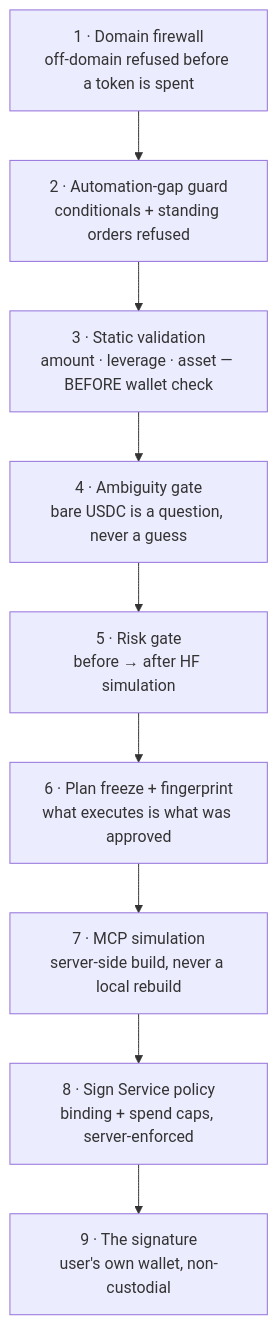
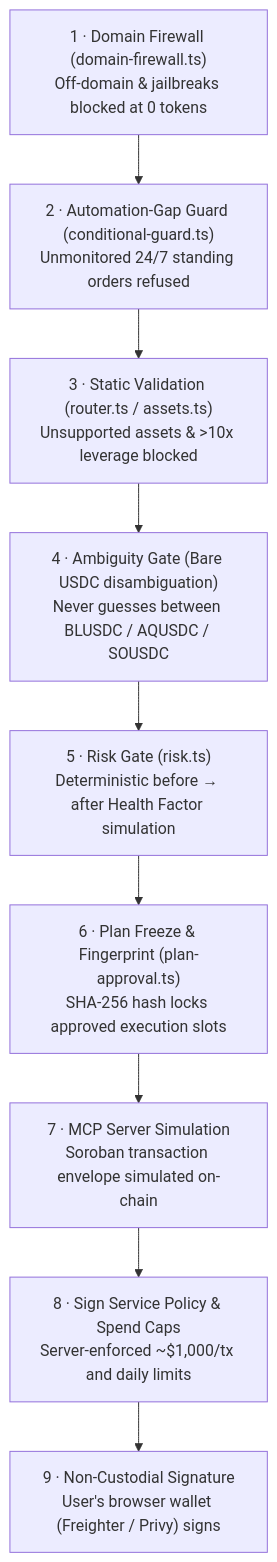
One commit to vannafinance/mercury-stellar-backend changed the first of 3 diagrams in docs/copilot/GUARDRAILS.md. Above: the diagram before and after it, drawn with Mermaid. The commit also changed other lines of this file and 17 other files, not shown here.

Commit message:
feat(copilot): upgrade to gemini-3.7-flash, enhance domain firewall, add token optimization and consolidate docs

````diff
--- a/docs/copilot/GUARDRAILS.md
+++ b/docs/copilot/GUARDRAILS.md
@@ -19,13 +18,14 @@
 ```mermaid
 flowchart TD
-  L1["1 · Domain firewall<br/>off-domain refused before a token is spent"]
-  L2["2 · Automation-gap guard<br/>conditionals + standing orders refused"]
-  L3["3 · Static validation<br/>amount · leverage · asset — BEFORE wallet check"]
-  L4["4 · Ambiguity gate<br/>bare USDC is a question, never a guess"]
-  L5["5 · Risk gate<br/>before → after HF simulation"]
-  L6["6 · Plan freeze + fingerprint<br/>what executes is what was approved"]
-  L7["7 · MCP simulation<br/>server-side build, never a local rebuild"]
-  L8["8 · Sign Service policy<br/>binding + spend caps, server-enforced"]
-  L9["9 · The signature<br/>user's own wallet, non-custodial"]
+  L1["1 · Domain Firewall (domain-firewall.ts)<br/>Off-domain & jailbreaks blocked at 0 tokens"]
+  L2["2 · Automation-Gap Guard (conditional-guard.ts)<br/>Unmonitored 24/7 standing orders refused"]
+  L3["3 · Static Validation (router.ts / assets.ts)<br/>Unsupported assets & >10x leverage blocked"]
+  L4["4 · Ambiguity Gate (Bare USDC disambiguation)<br/>Never guesses between BLUSDC / AQUSDC / SOUSDC"]
+  L5["5 · Risk Gate (risk.ts)<br/>Deterministic before → after Health Factor simulation"]
+  L6["6 · Plan Freeze & Fingerprint (plan-approval.ts)<br/>SHA-256 hash locks approved execution slots"]
+  L7["7 · MCP Server Simulation<br/>Soroban transaction envelope simulated on-chain"]
+  L8["8 · Sign Service Policy & Spend Caps<br/>Server-enforced ~$1,000/tx and daily limits"]
+  L9["9 · Non-Custodial Signature<br/>User's browser wallet (Freighter / Privy) signs"]
+
   L1-->L2-->L3-->L4-->L5-->L6-->L7-->L8-->L9
 ```
````
